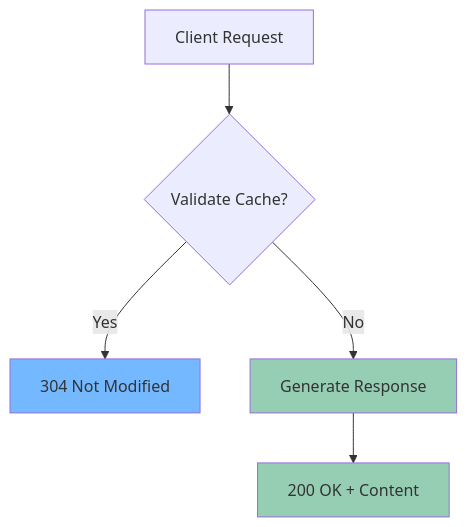
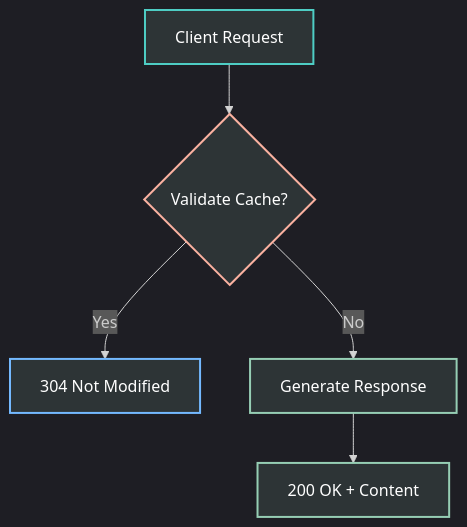
Before and after one commit to abhayraj-ops/Cake-Learn: the seventh of 8 diagrams in docs/05-components.md, drawn with Mermaid. The commit also changed other lines of this file, not shown here.

Commit message:
Fix Mermaid diagram syntax error in Configuration Methods

````diff
--- a/docs/05-components.md
+++ b/docs/05-components.md
@@ -425,11 +435,14 @@
 ```mermaid
+%%{init: {'theme': 'dark'}}%%
 graph TD
     A[Client Request] --> B{Validate Cache?}
     B -->|Yes| C[304 Not Modified]
     B -->|No| D[Generate Response]
     D --> E[200 OK + Content]
     
-    style C fill:#74b9ff
-    style D fill:#96ceb4
-    style E fill:#96ceb4
+    style A fill:#2d3436,color:#fff,stroke:#4ecdc4,stroke-width:2px
+    style B fill:#2d3436,color:#fff,stroke:#fab1a0,stroke-width:2px
+    style C fill:#2d3436,color:#fff,stroke:#74b9ff,stroke-width:2px
+    style D fill:#2d3436,color:#fff,stroke:#96ceb4,stroke-width:2px
+    style E fill:#2d3436,color:#fff,stroke:#96ceb4,stroke-width:2px
 ```
````
